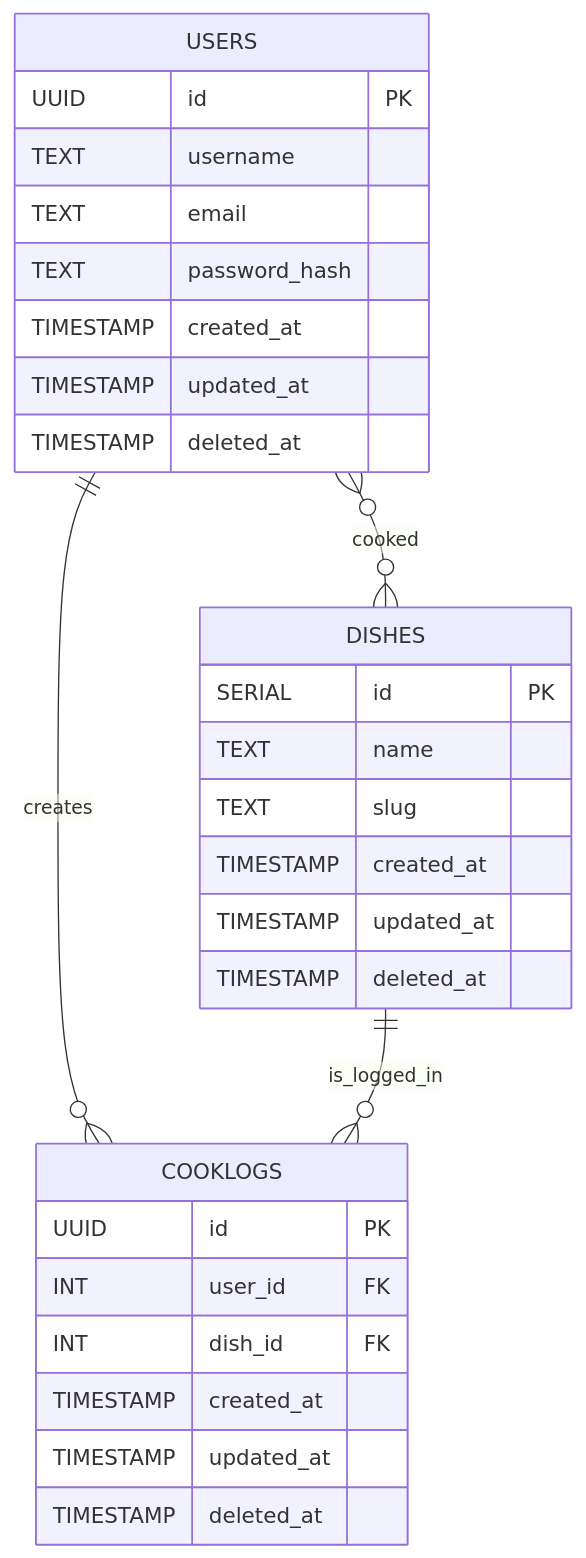
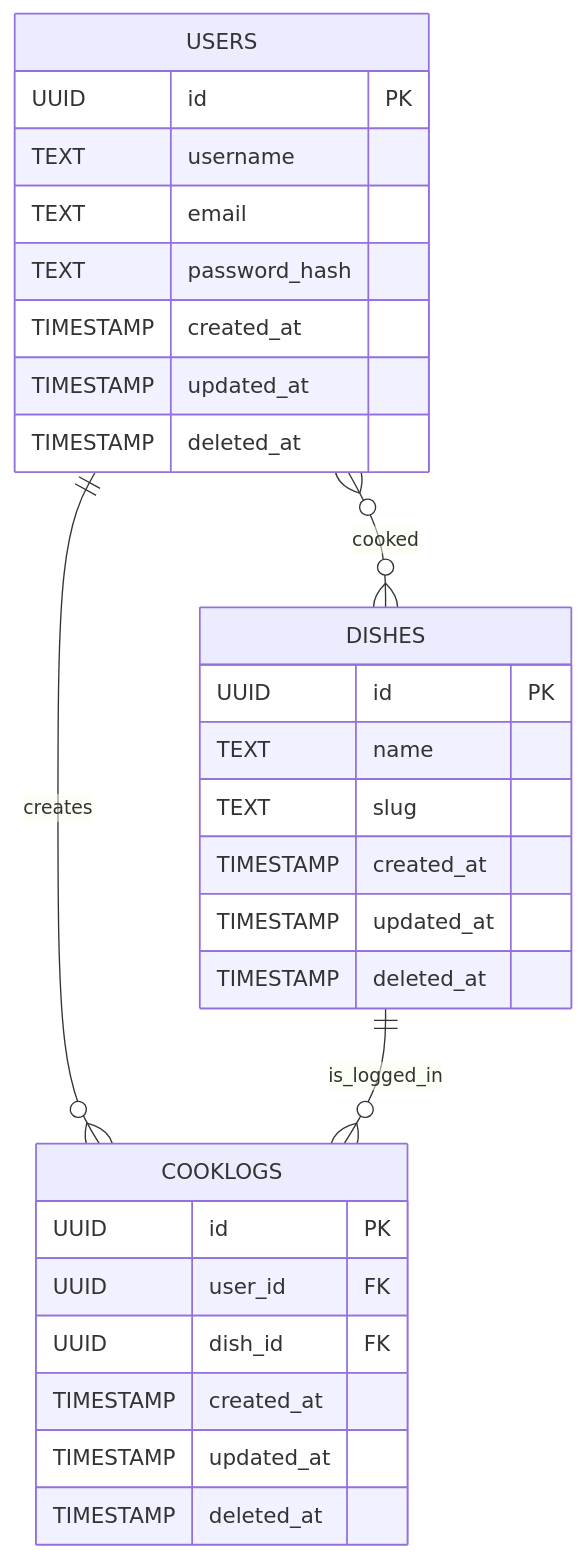
One commit to manav-gkmit/kya-saabzi-docs changed the diagram in docs/architecture/data-model.md. Above: the diagram before and after it, drawn with Mermaid. The commit also changed other lines of this file and 4 other files, not shown here.

````diff
--- a/docs/architecture/data-model.md
+++ b/docs/architecture/data-model.md
@@ -7,34 +7,34 @@
 ```mermaid
 erDiagram
     USERS {
         UUID id PK
         TEXT username
         TEXT email
         TEXT password_hash
         TIMESTAMP created_at
         TIMESTAMP updated_at
         TIMESTAMP deleted_at
     }
 
     DISHES {
-        SERIAL id PK
+        UUID id PK
         TEXT name
         TEXT slug
         TIMESTAMP created_at
         TIMESTAMP updated_at
         TIMESTAMP deleted_at
     }
 
     COOKLOGS {
         UUID id PK
-        INT user_id FK
-        INT dish_id FK
+        UUID user_id FK
+        UUID dish_id FK
         TIMESTAMP created_at
         TIMESTAMP updated_at
         TIMESTAMP deleted_at
     }
 
     USERS ||--o{ COOKLOGS : creates
     DISHES ||--o{ COOKLOGS : is_logged_in
     USERS }o--o{ DISHES : cooked
 ```
````
